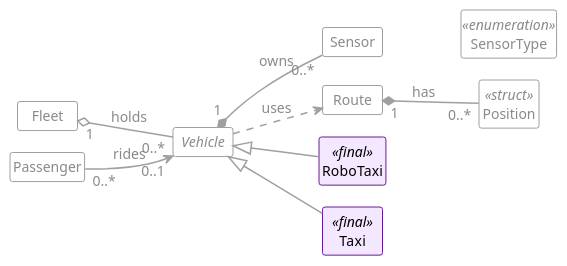
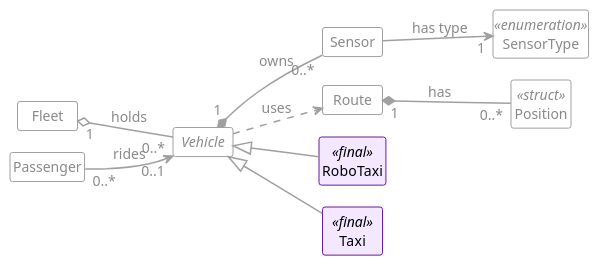
One commit to zeidk/enpm702-fall-2026-cpp changed the diagram in project/week9/uml/model_l9_final.plantuml. Above: the diagram before and after it, drawn with PlantUML. The commit also changed 7 other files, not shown here.

Commit message:
week9: UML copies join Sensor to SensorType with an association

```diff
--- a/project/week9/uml/model_l9_final.plantuml
+++ b/project/week9/uml/model_l9_final.plantuml
@@ -1,91 +1,91 @@
 @startuml model_l9_final
 ' Generated for the slides.
 !theme mono
 skinparam backgroundColor white
 skinparam defaultFontName "Fira Sans"
 skinparam defaultFontSize 14
 skinparam shadowing false
 skinparam classAttributeIconSize 0
 skinparam nodesep 22
 skinparam ranksep 50
 skinparam ArrowThickness 1.5
 hide circle
 hide members
 skinparam minClassWidth 60
 skinparam classStereotypeFontSize 14
 left to right direction
 
 class Fleet #back:FFFFFF;line:A0A0A0;text:8A8A8A {
   - vehicles_ : vector<shared_ptr<Vehicle>>
   + add(shared_ptr<Vehicle>) : void
   + remove(int) : bool
   + size() : size_t
 }
 class Passenger #back:FFFFFF;line:A0A0A0;text:8A8A8A {
   - name_ : string
   - ride_ : weak_ptr<Vehicle>
   + board(shared_ptr<Vehicle>) : void
   + leave() : void
 }
 abstract class Vehicle #back:FFFFFF;line:A0A0A0;text:8A8A8A {
   - id_ : int
   - {static} next_id_ : int
   - max_speed_ : double
   - speed_ : double
   - color_ : string
   - mileage_ : double
   - sensors_ : vector<unique_ptr<Sensor>>
   + Vehicle(double)
   + get_id() : int
   + get_color() : const string&
   + get_max_speed() : double
   + get_speed() : double
   + set_speed(double) : void
   + get_mileage() : double
   + add_mileage(double) : void
   + add_sensor(SensorType, double) : int
   + sensor_count() : size_t
   + get_sensors() : const vector<unique_ptr<Sensor>>&
   + {abstract} drive(const Route&) : void
   # log_event(const string&) : void
 }
 class Sensor #back:FFFFFF;line:A0A0A0;text:8A8A8A {
   - id_ : int
   - type_ : SensorType
   - range_ : double
   + Sensor(int, SensorType, double)
   + get_id() : int
   + get_type() : SensorType
   + get_range() : double
 }
 enum SensorType <<enumeration>> #back:FFFFFF;line:A0A0A0;text:8A8A8A {
   lidar
   camera
   radar
 }
 class Route #back:FFFFFF;line:A0A0A0;text:8A8A8A {
   - waypoints_ : vector<Position>
   + add(Position) : void
   + length() : double
 }
 class Position <<struct>> #back:FFFFFF;line:A0A0A0;text:8A8A8A {
   + x : double
   + y : double
 }
 class RoboTaxi <<final>> #back:F3E8FF;line:6A1B9A;text:000000 {
   + drive(const Route&) : void
 }
 class Taxi <<final>> #back:F3E8FF;line:6A1B9A;text:000000 {
   - driver_name_ : string
   + drive(const Route&) : void
 }
 
 Fleet "<color:#8A8A8A>1</color>" o-[#A0A0A0]- "<color:#8A8A8A>0..*</color>" Vehicle : <color:#8A8A8A>holds</color>
 Passenger "<color:#8A8A8A>0..*</color>" -[#A0A0A0]-> "<color:#8A8A8A>0..1</color>" Vehicle : <color:#8A8A8A>rides</color>
 Vehicle "<color:#8A8A8A>1</color>" *-[#A0A0A0]- "<color:#8A8A8A>0..*</color>" Sensor : <color:#8A8A8A>owns</color>
 Vehicle .[#A0A0A0].> Route : <color:#8A8A8A>uses</color>
 Route "<color:#8A8A8A>1</color>" *-[#A0A0A0]- "<color:#8A8A8A>0..*</color>" Position : <color:#8A8A8A>has</color>
-Sensor -[hidden]-> SensorType
+Sensor -[#A0A0A0]-> "<color:#8A8A8A>1</color>" SensorType : <color:#8A8A8A>has type</color>
 Vehicle <|-[#A0A0A0]- RoboTaxi
 Vehicle <|-[#A0A0A0]- Taxi
 @enduml
```
